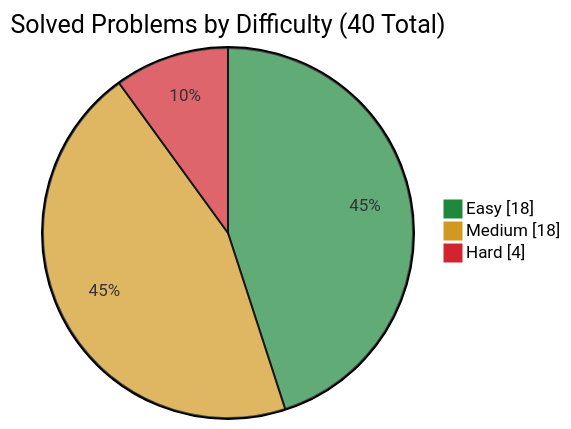
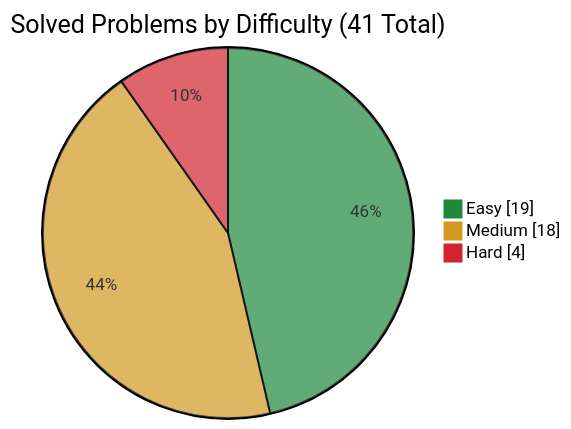
Before and after one commit to simonesiega/leetcode-solutions: the first of 3 diagrams in README.md, drawn with Mermaid. The commit also changed other lines of this file and 3 other files, not shown here.

````diff
--- a/README.md
+++ b/README.md
@@ -73,8 +73,8 @@
 ```mermaid
 %%{init: {"themeVariables": {"pie1": "#1f883d", "pie2": "#d29922", "pie3": "#d1242f"}}}%%
 pie showData
-    title Solved Problems by Difficulty (40 Total)
-    "Easy" : 18
+    title Solved Problems by Difficulty (41 Total)
+    "Easy" : 19
     "Medium" : 18
     "Hard" : 4
 ```
````
